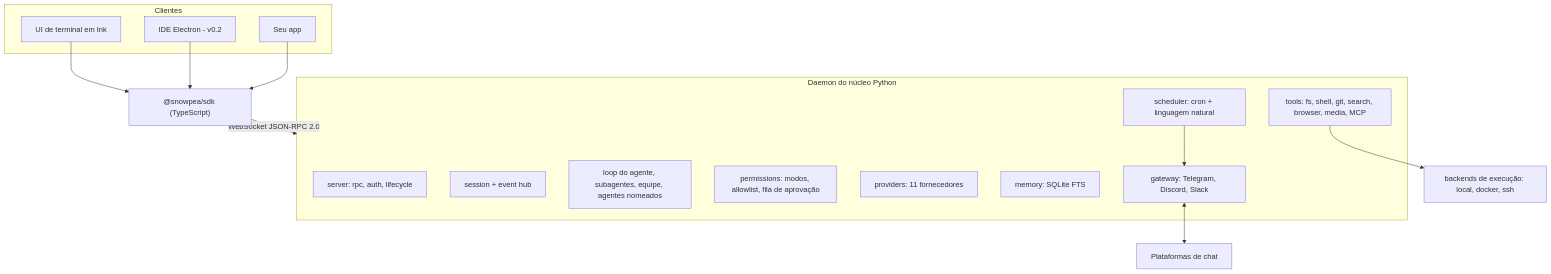
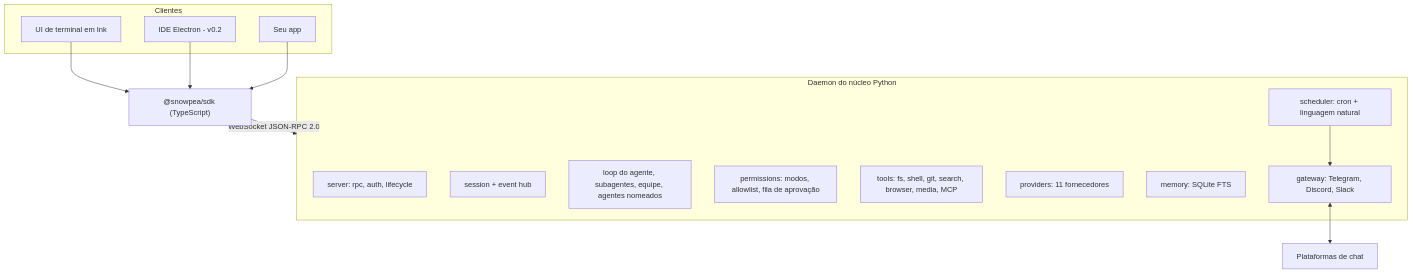
Before and after one commit to Wafour-Developer/snowpea-agent: the diagram in README.pt-BR.md, drawn with Mermaid. The commit also changed other lines of this file and 69 other files, not shown here.

First line of the commit message:
feat(core)!: remove the docker/ssh tool backends, add daemon --host (protocol 1.39.0)

````diff
--- a/README.pt-BR.md
+++ b/README.pt-BR.md
@@ -77,29 +76,28 @@
 ```mermaid
 flowchart TB
     subgraph clients[Clientes]
         TUI[UI de terminal em Ink]
         IDE[IDE Electron - v0.2]
         APP[Seu app]
     end
     SDK["@snowpea/sdk (TypeScript)"]
     TUI --> SDK
     IDE --> SDK
     APP --> SDK
     SDK -->|"WebSocket JSON-RPC 2.0"| CORE
 
     subgraph CORE[Daemon do núcleo Python]
         SRV[server: rpc, auth, lifecycle]
         SES[session + event hub]
         AGT[loop do agente, subagentes, equipe, agentes nomeados]
         PRM[permissions: modos, allowlist, fila de aprovação]
         TOOL[tools: fs, shell, git, search, browser, media, MCP]
         PROV[providers: 11 fornecedores]
         MEM[memory: SQLite FTS]
         SCH[scheduler: cron + linguagem natural]
         GW[gateway: Telegram, Discord, Slack]
     end
 
-    TOOL --> EXEC[backends de execução: local, docker, ssh]
     GW <--> CHAT[Plataformas de chat]
     SCH --> GW
 ```
````
